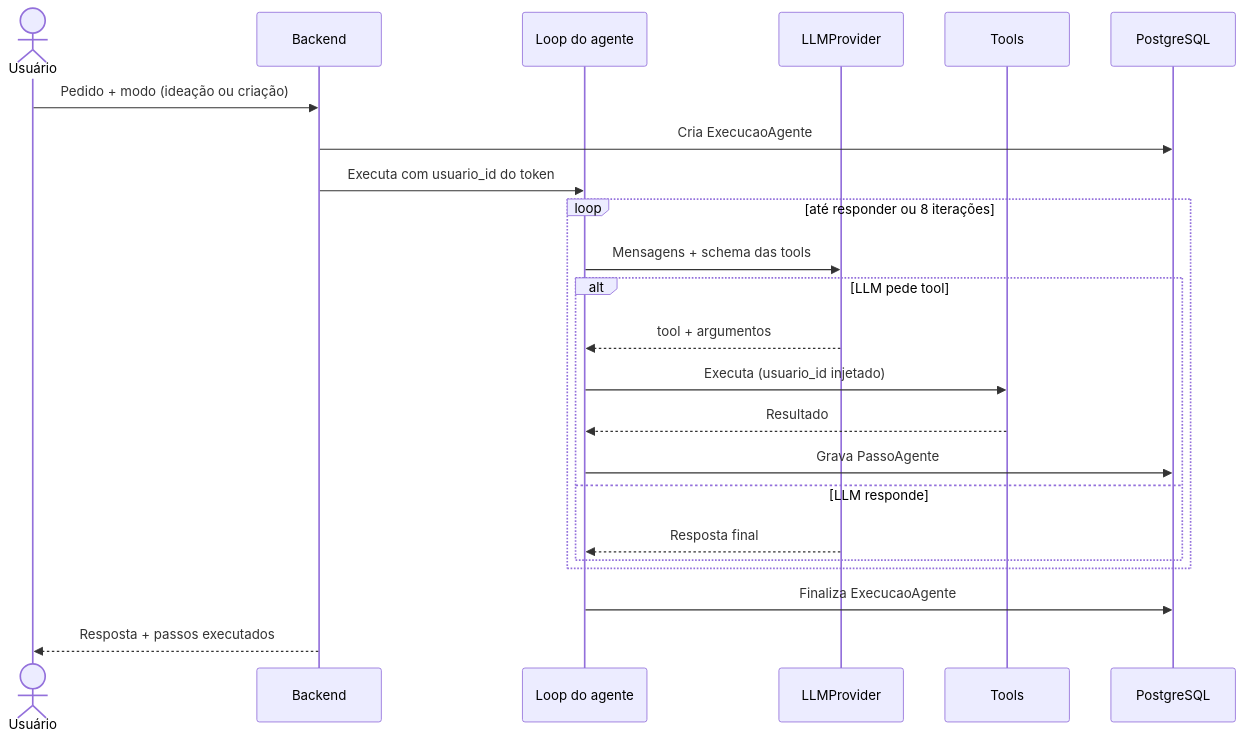
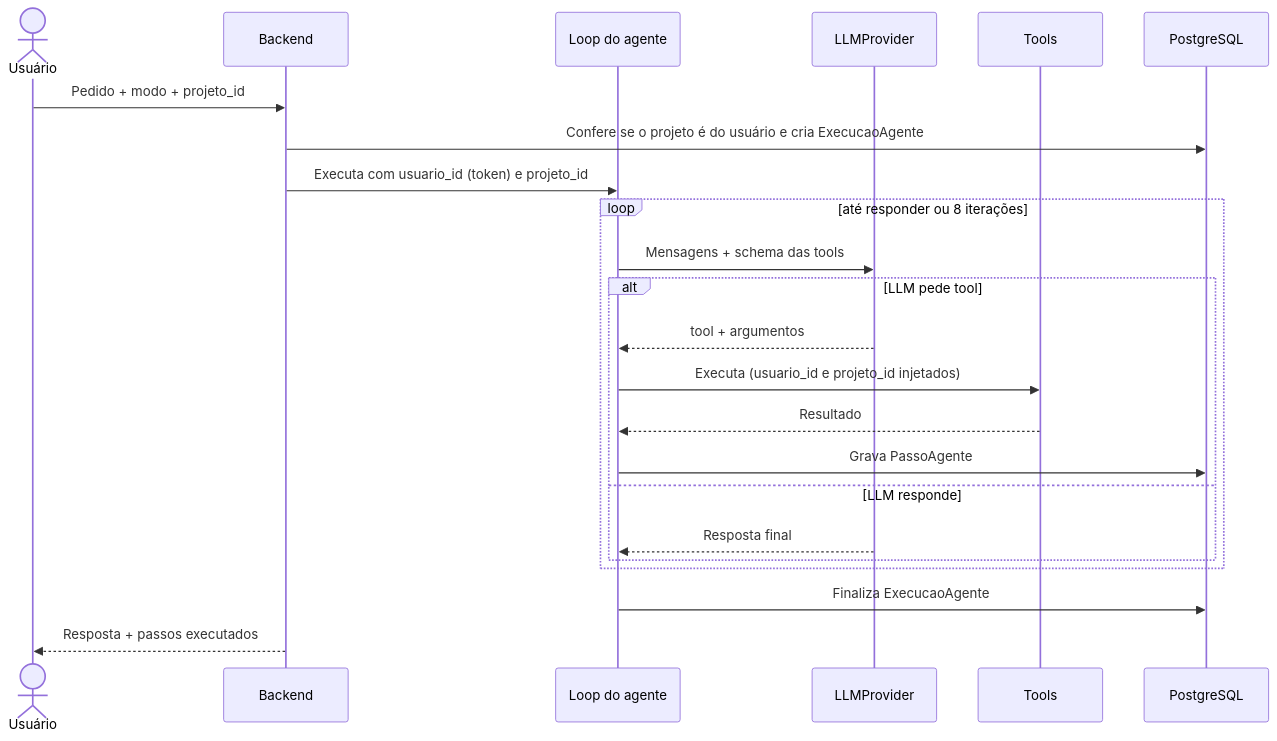
The first of 2 diagrams in docs/agente-e-rag.md (JonasRocha189/tcc-puc-post-generator-ai), drawn with Mermaid before and after one commit. The commit also changed other lines of this file and 62 other files, not shown here.

````diff
--- a/docs/agente-e-rag.md
+++ b/docs/agente-e-rag.md
@@ -9,26 +9,26 @@
 ```mermaid
 sequenceDiagram
     actor U as Usuário
     participant API as Backend
     participant A as Loop do agente
     participant LLM as LLMProvider
     participant T as Tools
     participant DB as PostgreSQL
 
-    U->>API: Pedido + modo (ideação ou criação)
-    API->>DB: Cria ExecucaoAgente
-    API->>A: Executa com usuario_id do token
+    U->>API: Pedido + modo + projeto_id
+    API->>DB: Confere se o projeto é do usuário e cria ExecucaoAgente
+    API->>A: Executa com usuario_id (token) e projeto_id
     loop até responder ou 8 iterações
         A->>LLM: Mensagens + schema das tools
         alt LLM pede tool
             LLM-->>A: tool + argumentos
-            A->>T: Executa (usuario_id injetado)
+            A->>T: Executa (usuario_id e projeto_id injetados)
             T-->>A: Resultado
             A->>DB: Grava PassoAgente
         else LLM responde
             LLM-->>A: Resposta final
         end
     end
     A->>DB: Finaliza ExecucaoAgente
     API-->>U: Resposta + passos executados
 ```
````
